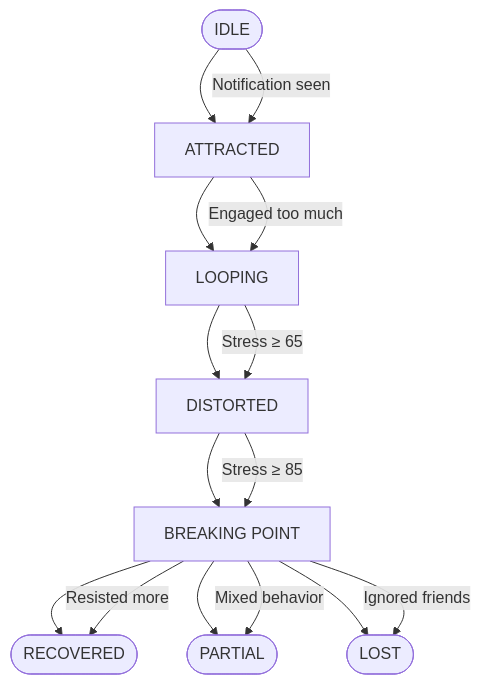
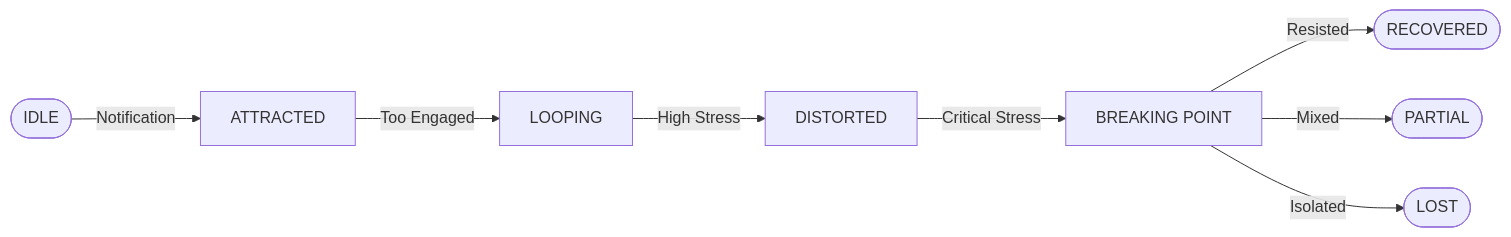
One commit to MNSBaanu/EchoSphere changed the second of 5 diagrams in docs/08_Algorithm.md. Above: the diagram before and after it, drawn with Mermaid. The commit also changed other lines of this file, not shown here.

First line of the commit message:
docs(Algorithm): simplify flowcharts and consolidate sections

````diff
--- a/docs/08_Algorithm.md
+++ b/docs/08_Algorithm.md
@@ -28,18 +22,10 @@
 ```mermaid
-flowchart TD
-    A([IDLE]) --> B[ATTRACTED]
-    B --> C[LOOPING]
-    C --> D[DISTORTED]
-    D --> E[BREAKING POINT]
-    E --> F([RECOVERED])
-    E --> G([PARTIAL])
-    E --> H([LOST])
-
-    A -->|Notification seen| B
-    B -->|Engaged too much| C
-    C -->|Stress ≥ 65| D
-    D -->|Stress ≥ 85| E
-    E -->|Resisted more| F
-    E -->|Mixed behavior| G
-    E -->|Ignored friends| H
+flowchart LR
+    A([IDLE]) -->|Notification| B[ATTRACTED]
+    B -->|Too Engaged| C[LOOPING]
+    C -->|High Stress| D[DISTORTED]
+    D -->|Critical Stress| E[BREAKING POINT]
+    E -->|Resisted| F([RECOVERED])
+    E -->|Mixed| G([PARTIAL])
+    E -->|Isolated| H([LOST])
 ```
````
